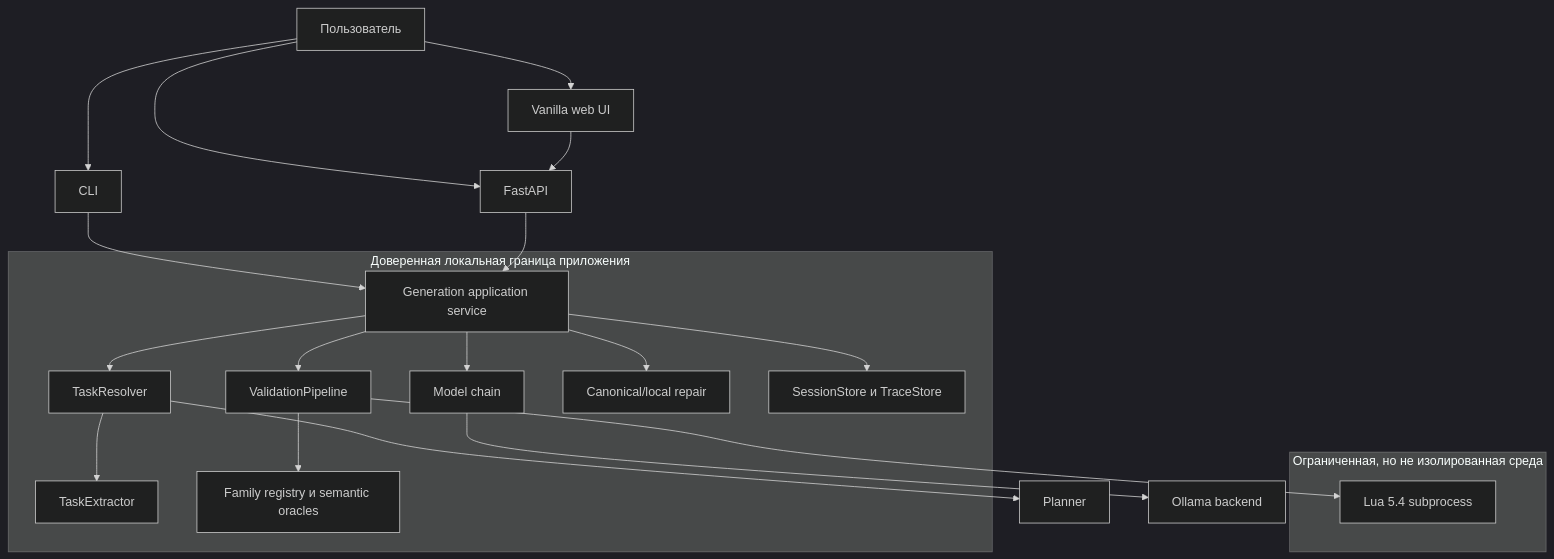
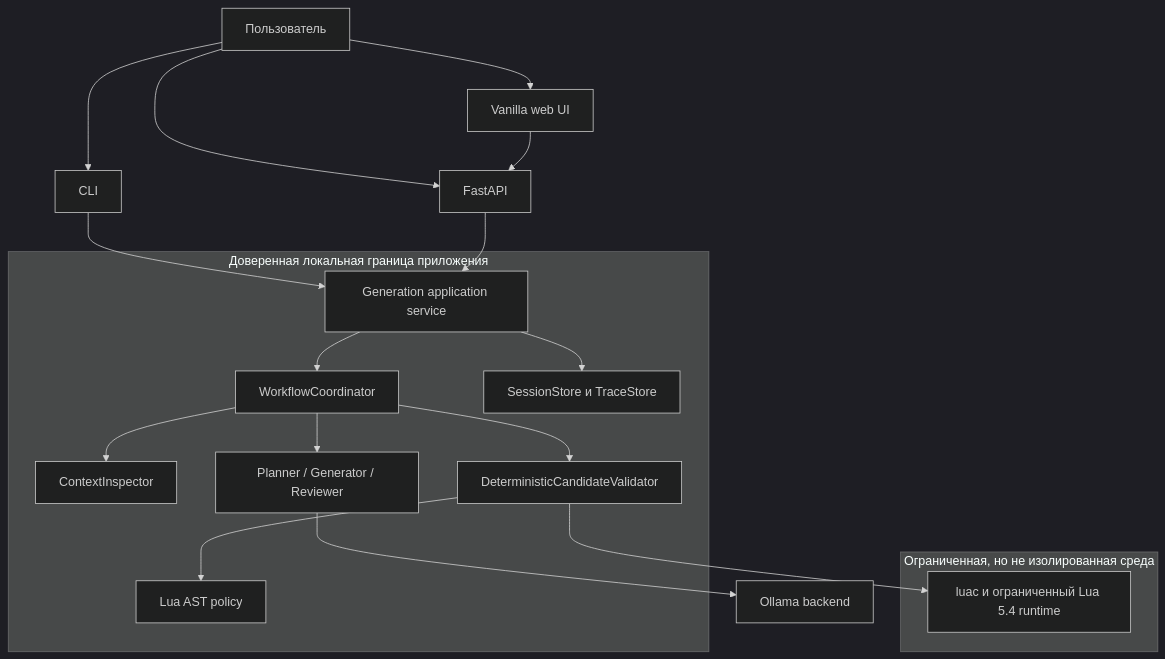
One commit to Ev0lv3nta/localscript changed the first of 2 diagrams in docs/architecture.md. Above: the diagram before and after it, drawn with Mermaid (dark theme). The commit also changed other lines of this file and 108 other files, not shown here.

First line of the commit message:
Заменить family-router на typed agentic workflow (#34)

````diff
--- a/docs/architecture.md
+++ b/docs/architecture.md
@@ -7,34 +7,31 @@
 ```mermaid
 flowchart TB
     U["Пользователь"] --> UI["Vanilla web UI"]
     U --> CLI["CLI"]
     U --> API["FastAPI"]
     UI --> API
     CLI --> APP["Generation application service"]
     API --> APP
-    APP --> RES["TaskResolver"]
-    RES --> EXT["TaskExtractor"]
-    RES --> PLAN["Planner"]
-    APP --> CHAIN["Model chain"]
-    CHAIN --> OL["Ollama backend"]
-    APP --> VAL["ValidationPipeline"]
-    VAL --> FAM["Family registry и semantic oracles"]
-    VAL --> LUA["Lua 5.4 subprocess"]
-    APP --> REP["Canonical/local repair"]
+    APP --> COORD["WorkflowCoordinator"]
+    COORD --> INV["ContextInspector"]
+    COORD --> ROLES["Planner / Generator / Reviewer"]
+    ROLES --> OL["Ollama backend"]
+    COORD --> VAL["DeterministicCandidateValidator"]
+    VAL --> AST["Lua AST policy"]
+    VAL --> LUA["luac и ограниченный Lua 5.4 runtime"]
     APP --> STATE["SessionStore и TraceStore"]
 
     subgraph trusted["Доверенная локальная граница приложения"]
       APP
-      RES
-      EXT
-      CHAIN
+      COORD
+      INV
+      ROLES
       VAL
-      FAM
-      REP
+      AST
       STATE
     end
 
     subgraph constrained["Ограниченная, но не изолированная среда"]
       LUA
     end
 ```
````
